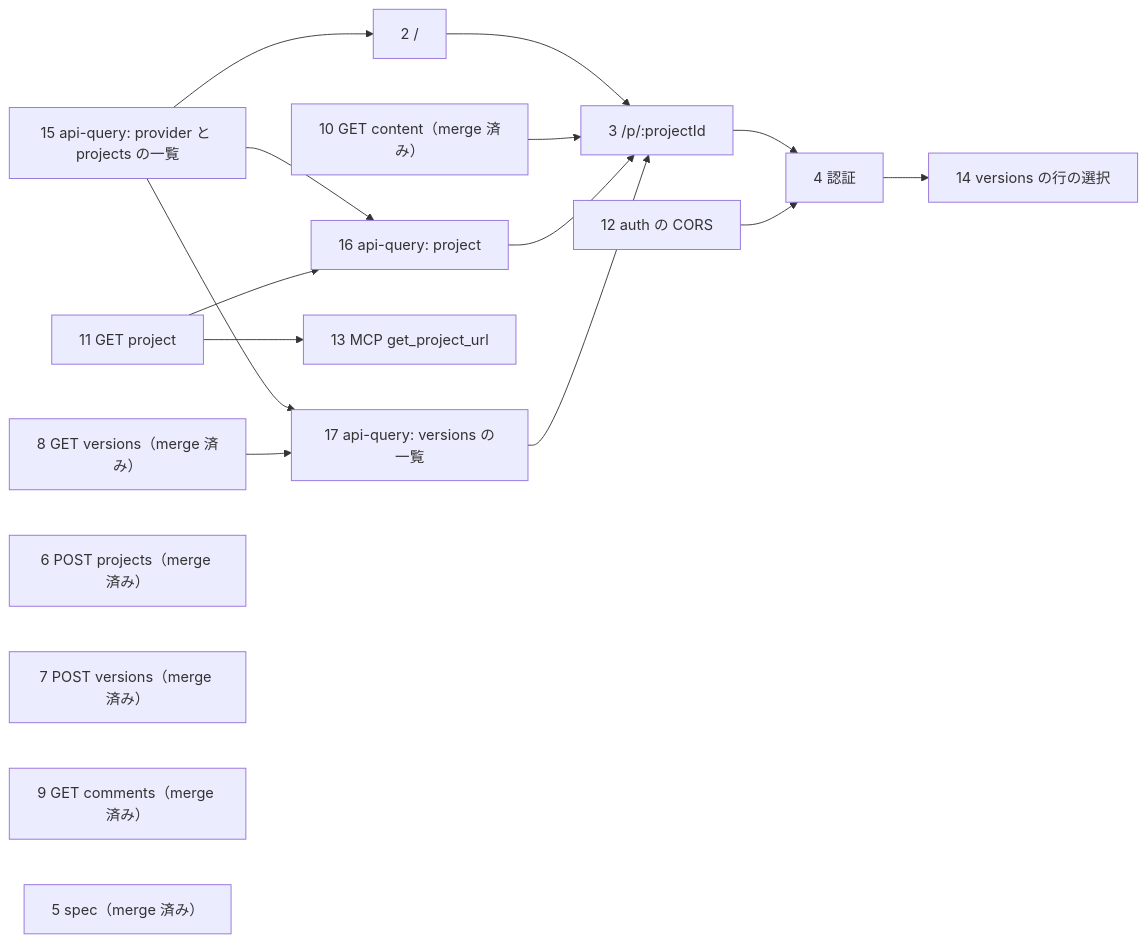
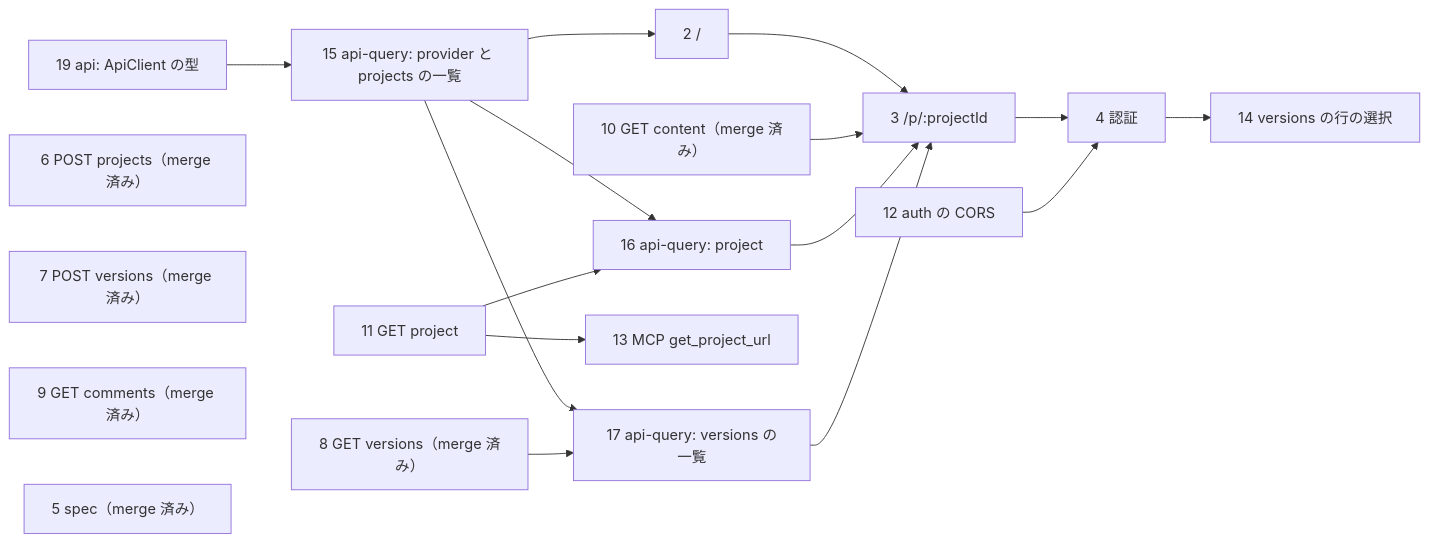
One commit to taiki-kuraishi/karibari changed diagram 11 of 11 in docs/superpowers/specs/2026-10-06-owner-viewer-design/README.md. Above: the diagram before and after it, drawn with Mermaid. The commit also changed other lines of this file and 2 other files, not shown here.

Commit message:
📝 docs: add the ApiClient type phase to the owner-viewer design

````diff
--- a/docs/superpowers/specs/2026-10-06-owner-viewer-design/README.md
+++ b/docs/superpowers/specs/2026-10-06-owner-viewer-design/README.md
@@ -381,20 +381,21 @@
 ```mermaid
 flowchart LR
-  p15["15 api-query: provider と projects の一覧"] --> p2["2 /"]
+  p19["19 api: ApiClient の型"] --> p15["15 api-query: provider と projects の一覧"]
+  p15 --> p2["2 /"]
   p15 --> p16["16 api-query: project"]
   p15 --> p17["17 api-query: versions の一覧"]
   p11["11 GET project"] --> p16
   p11 --> p13["13 MCP get_project_url"]
   p8["8 GET versions（merge 済み）"] --> p17
   p2 --> p3["3 /p/:projectId"]
   p10["10 GET content（merge 済み）"] --> p3
   p16 --> p3
   p17 --> p3
   p3 --> p4["4 認証"]
   p12["12 auth の CORS"] --> p4
   p4 --> p14["14 versions の行の選択"]
   p6["6 POST projects（merge 済み）"]
   p7["7 POST versions（merge 済み）"]
   p9["9 GET comments（merge 済み）"]
   p5["5 spec（merge 済み）"]
 ```
````
